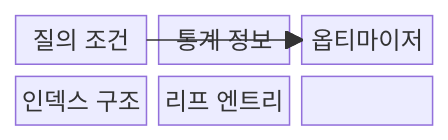
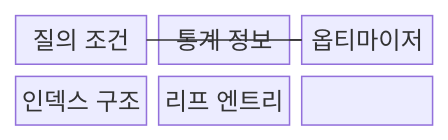
Before and after one commit to agnusdei1207/knowledge-base: the first of 2 diagrams in src/content/docs/notes/03-software/093_index_structure.md, drawn with Mermaid. The commit also changed other lines of this file and 493 other files, not shown here.

````diff
--- a/src/content/docs/notes/03-software/093_index_structure.md
+++ b/src/content/docs/notes/03-software/093_index_structure.md
@@ -69,12 +69,12 @@
 ```mermaid
-block
+block-beta
   columns 3
   Q["질의 조건"]
   S["통계 정보"]
   O["옵티마이저"]
   I["인덱스 구조"]
   L["리프 엔트리"]
-  Q --> O
-  S --> O
-  O --> I --> L
+  Q --- O
+  S --- O
+  O --- I --- L
 ```
````
